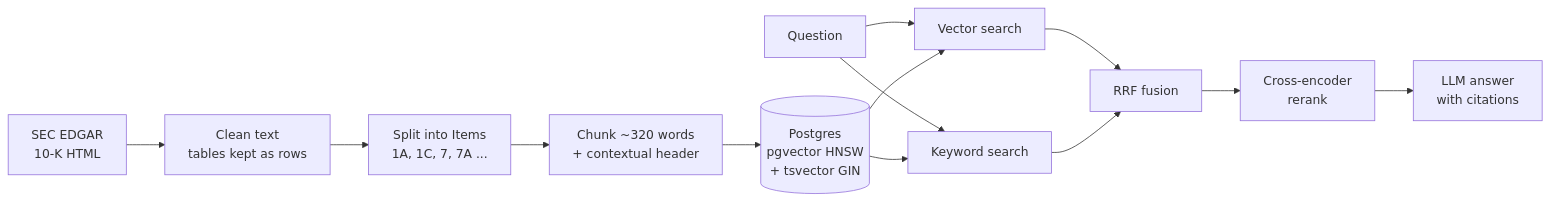
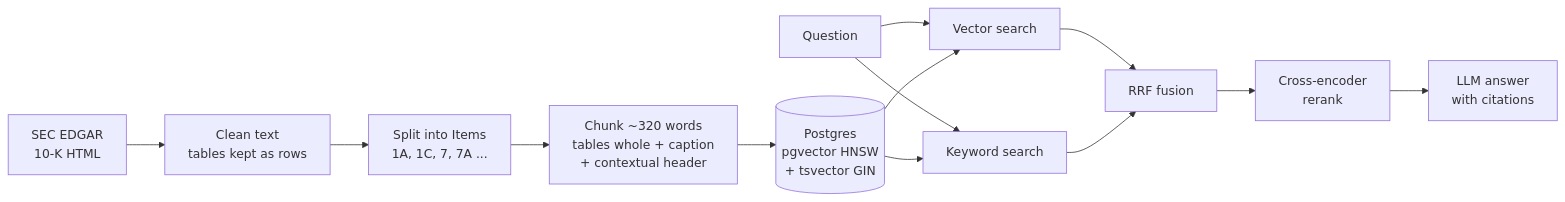
Before and after one commit to howardguoui/filings-rag: the diagram in README.md, drawn with Mermaid. The commit also changed other lines of this file and 10 other files, not shown here.

First line of the commit message:
Table-aware chunks: keep financial tables whole with their caption

````diff
--- a/README.md
+++ b/README.md
@@ -15,13 +15,13 @@
 ```mermaid
 flowchart LR
     A[SEC EDGAR<br/>10-K HTML] --> B[Clean text<br/>tables kept as rows]
     B --> C[Split into Items<br/>1A, 1C, 7, 7A ...]
-    C --> D[Chunk ~320 words<br/>+ contextual header]
+    C --> D[Chunk ~320 words<br/>tables whole + caption<br/>+ contextual header]
     D --> E[(Postgres<br/>pgvector HNSW<br/>+ tsvector GIN)]
     Q[Question] --> F[Vector search] & G[Keyword search]
     E --> F & G
     F --> H[RRF fusion]
     G --> H
     H --> I[Cross-encoder<br/>rerank]
     I --> J[LLM answer<br/>with citations]
 ```
````
